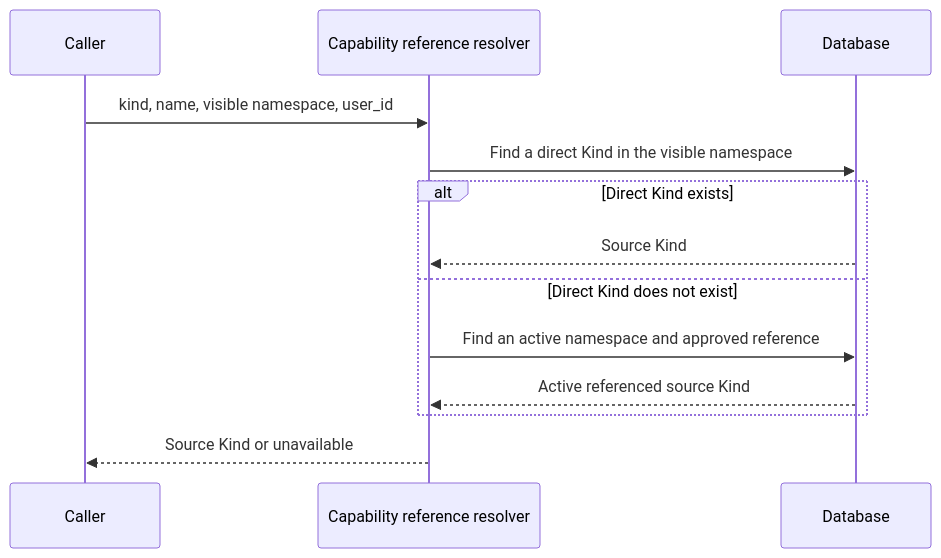
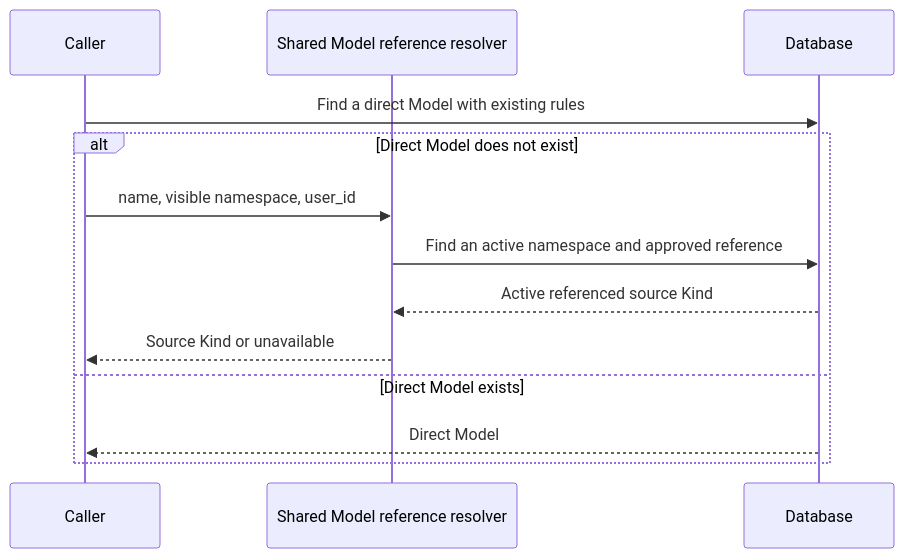
Before and after one commit to wecode-ai/Wegent: the second of 2 diagrams in docs/en/architecture/capability-reference-resolution.md, drawn with Mermaid. The commit also changed other lines of this file and 6 other files, not shown here.

````diff
--- a/docs/en/architecture/capability-reference-resolution.md
+++ b/docs/en/architecture/capability-reference-resolution.md
@@ -25,15 +26,15 @@
 ```mermaid
 sequenceDiagram
     participant C as Caller
-    participant R as Capability reference resolver
+    participant R as Shared Model reference resolver
     participant DB as Database
-    C->>R: kind, name, visible namespace, user_id
-    R->>DB: Find a direct Kind in the visible namespace
-    alt Direct Kind exists
-        DB-->>R: Source Kind
-    else Direct Kind does not exist
+    C->>DB: Find a direct Model with existing rules
+    alt Direct Model does not exist
+        C->>R: name, visible namespace, user_id
         R->>DB: Find an active namespace and approved reference
         DB-->>R: Active referenced source Kind
+        R-->>C: Source Kind or unavailable
+    else Direct Model exists
+        DB-->>C: Direct Model
     end
-    R-->>C: Source Kind or unavailable
 ```
````
